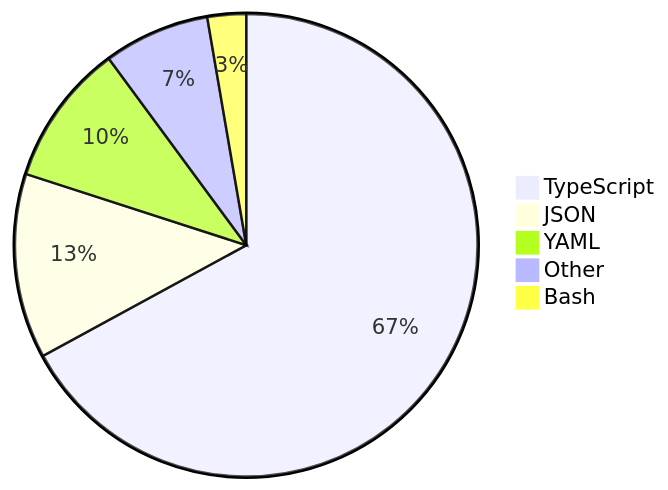
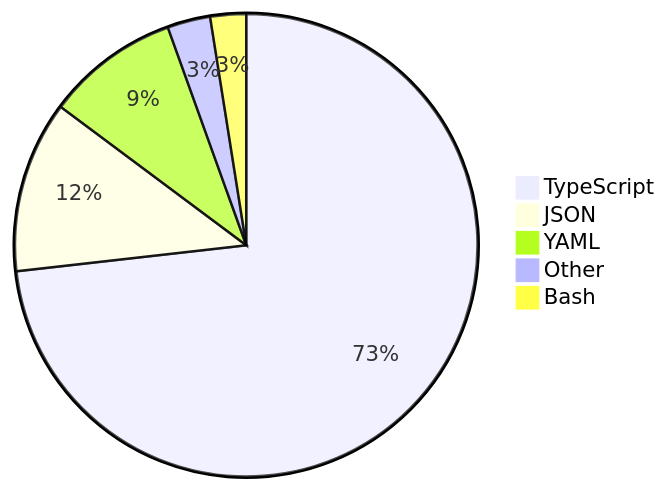
Before and after one commit to skvggor/skvggor: the diagram in README.md, drawn with Mermaid.

Commit message:
Updated waka-readme graph with new metrics

````diff
--- a/README.md
+++ b/README.md
@@ -14,8 +14,8 @@
 ```mermaid
 pie
-    "TypeScript" : 67.0
-    "JSON" : 12.9
-    "YAML" : 9.9
-    "Other" : 7.4
-    "Bash" : 2.7
+    "TypeScript" : 73.2
+    "JSON" : 12.0
+    "YAML" : 9.3
+    "Other" : 3.0
+    "Bash" : 2.5
 ```
````
